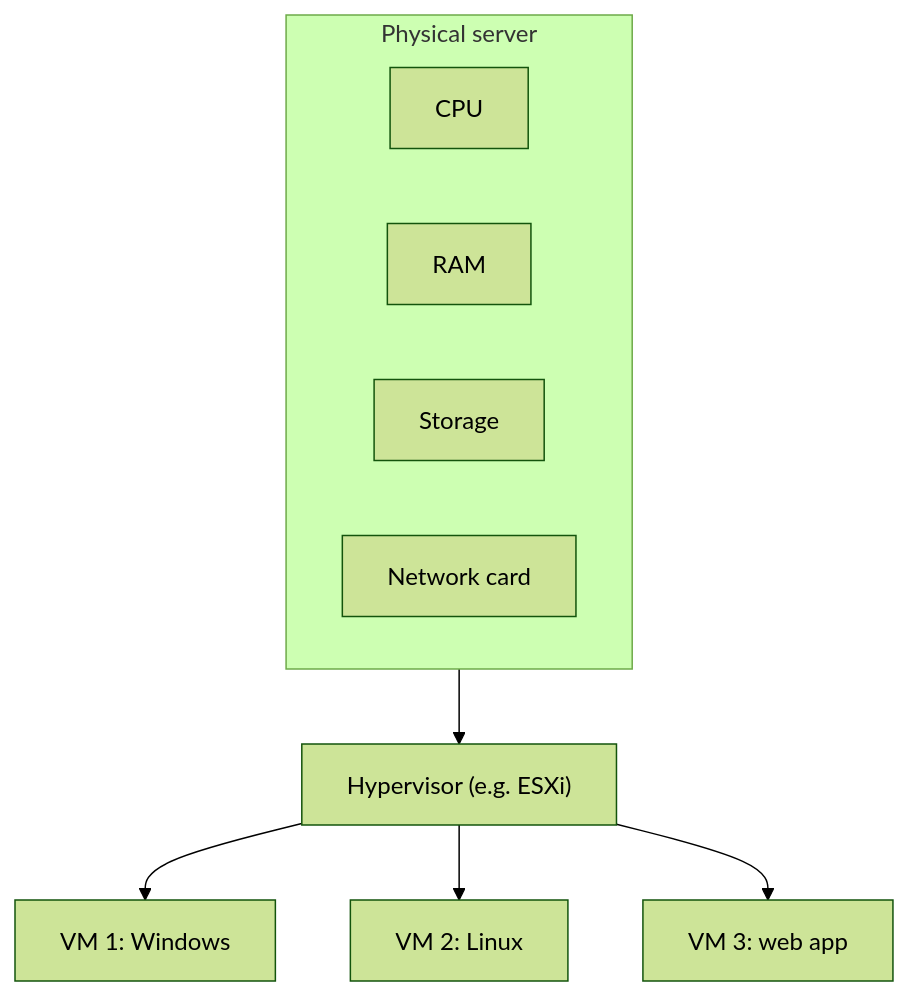
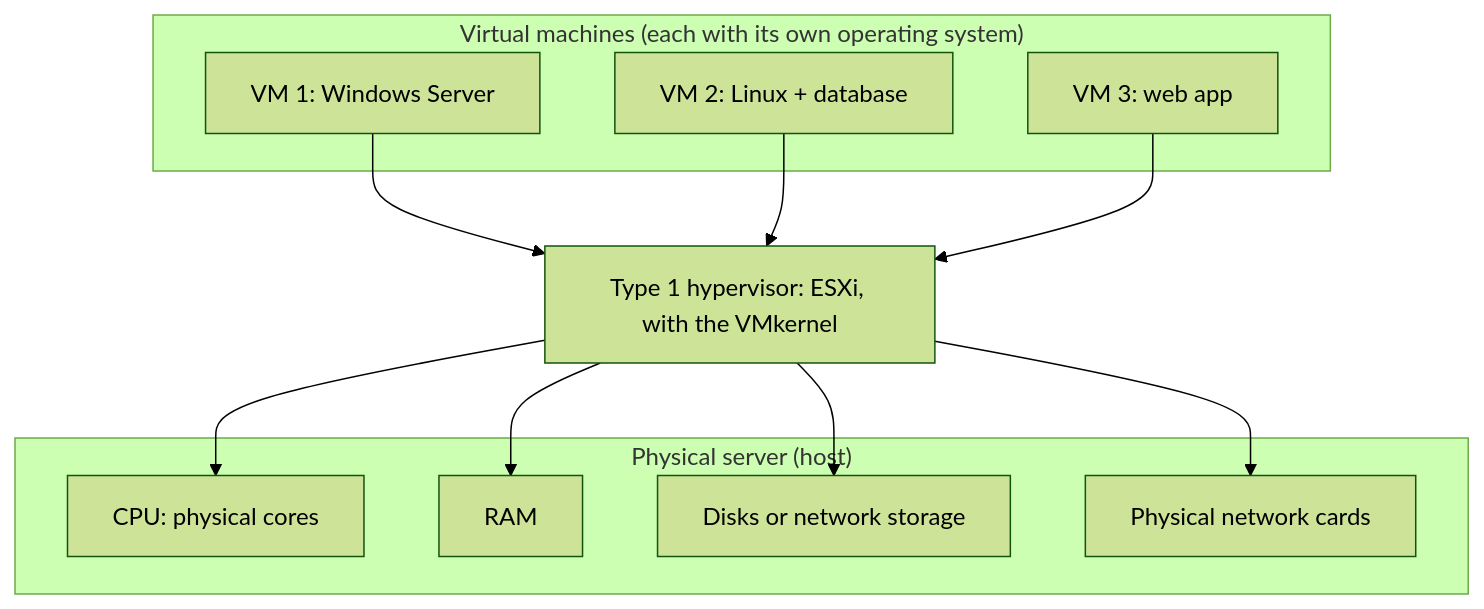
The first of 3 diagrams in content/01-fundamente/01-ce-este-virtualizarea.en.md (alex-andu/vmware-learning-ro), drawn with Mermaid (forest theme) before and after one commit. The commit also changed other lines of this file and 4 other files, not shown here.

First line of the commit message:
content: capitolul-pilot 1.1 rescris (19 surse, 4 diagrame, lab si quiz noi)

````diff
--- a/content/01-fundamente/01-ce-este-virtualizarea.en.md
+++ b/content/01-fundamente/01-ce-este-virtualizarea.en.md
@@ -27,17 +38,22 @@
 ```mermaid
 flowchart TB
-  subgraph HW["Physical server"]
-    CPU["CPU"]
+  subgraph VMS["Virtual machines (each with its own operating system)"]
+    VM1["VM 1: Windows Server"]
+    VM2["VM 2: Linux + database"]
+    VM3["VM 3: web app"]
+  end
+  HV["Type 1 hypervisor: ESXi, with the VMkernel"]
+  subgraph HW["Physical server (host)"]
+    CPU["CPU: physical cores"]
     RAM["RAM"]
-    DISK["Storage"]
-    NIC["Network card"]
+    DISK["Disks or network storage"]
+    NIC["Physical network cards"]
   end
-  HV["Hypervisor (e.g. ESXi)"]
-  VM1["VM 1: Windows"]
-  VM2["VM 2: Linux"]
-  VM3["VM 3: web app"]
-  HW --> HV
-  HV --> VM1
-  HV --> VM2
-  HV --> VM3
+  VM1 --> HV
+  VM2 --> HV
+  VM3 --> HV
+  HV --> CPU
+  HV --> RAM
+  HV --> DISK
+  HV --> NIC
 ```
````
